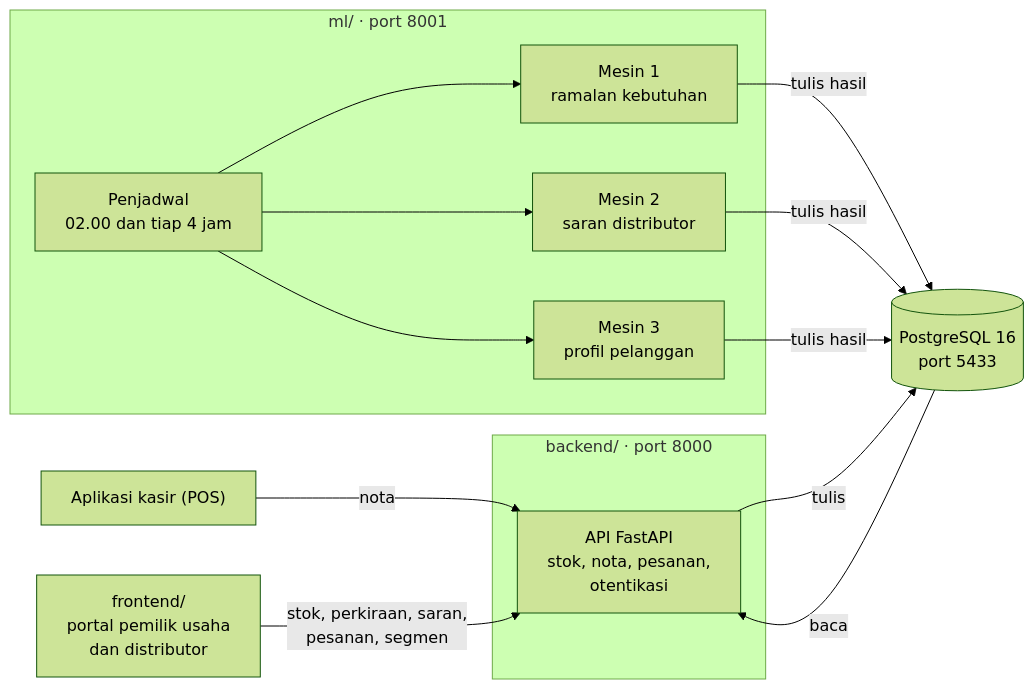
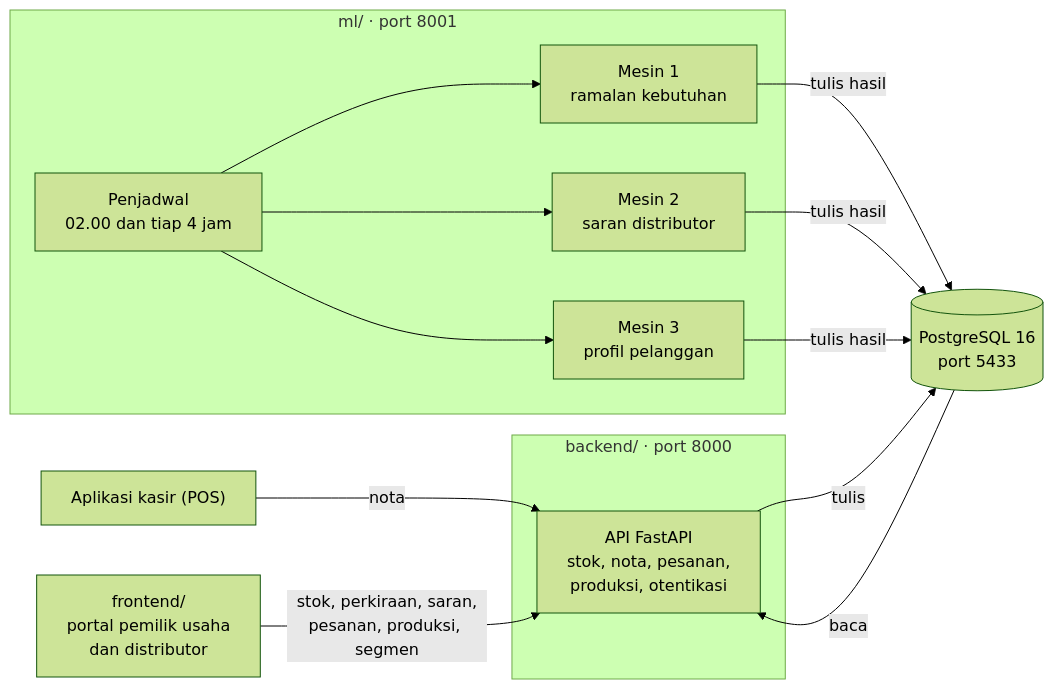
The first of 2 diagrams in README.md (YonoBengkel/Warungku), drawn with Mermaid (forest theme) before and after one commit. The commit also changed other lines of this file and 2 other files, not shown here.

First line of the commit message:
docs: README untuk pendatang baru, dan LightGBM masuk image produksi

````diff
--- a/README.md
+++ b/README.md
@@ -20,21 +277,21 @@
 ```mermaid
 flowchart LR
     kasir["Aplikasi kasir (POS)"] -- "nota" --> api
     subgraph backend["backend/ · port 8000"]
-        api["API FastAPI<br/>stok, nota, pesanan,<br/>otentikasi"]
+        api["API FastAPI<br/>stok, nota, pesanan,<br/>produksi, otentikasi"]
     end
     subgraph ml["ml/ · port 8001"]
         m1["Mesin 1<br/>ramalan kebutuhan"]
         m2["Mesin 2<br/>saran distributor"]
         m3["Mesin 3<br/>profil pelanggan"]
         jadwal["Penjadwal<br/>02.00 dan tiap 4 jam"]
     end
     db[("PostgreSQL 16<br/>port 5433")]
     fe["frontend/<br/>portal pemilik usaha<br/>dan distributor"]
 
     api -- "tulis" --> db
     jadwal --> m1 & m2 & m3
     m1 & m2 & m3 -- "tulis hasil" --> db
     db -- "baca" --> api
-    fe -- "stok, perkiraan, saran,<br/>pesanan, segmen" --> api
+    fe -- "stok, perkiraan, saran,<br/>pesanan, produksi, segmen" --> api
 ```
````
